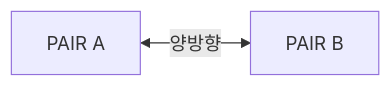
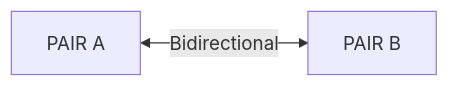
The diagram in doc/guide/03-1-pair.ko.md (kairos-code-dev/zlink), drawn with Mermaid before and after one commit. The commit also changed other lines of this file and 53 other files, not shown here.

````diff
--- a/doc/guide/03-1-pair.ko.md
+++ b/doc/guide/03-1-pair.ko.md
@@ -16,4 +16,4 @@
 ```mermaid
 flowchart LR
-    A[PAIR A] <-->|양방향| B[PAIR B]
+    A[PAIR A] <-->|Bidirectional| B[PAIR B]
 ```
````
